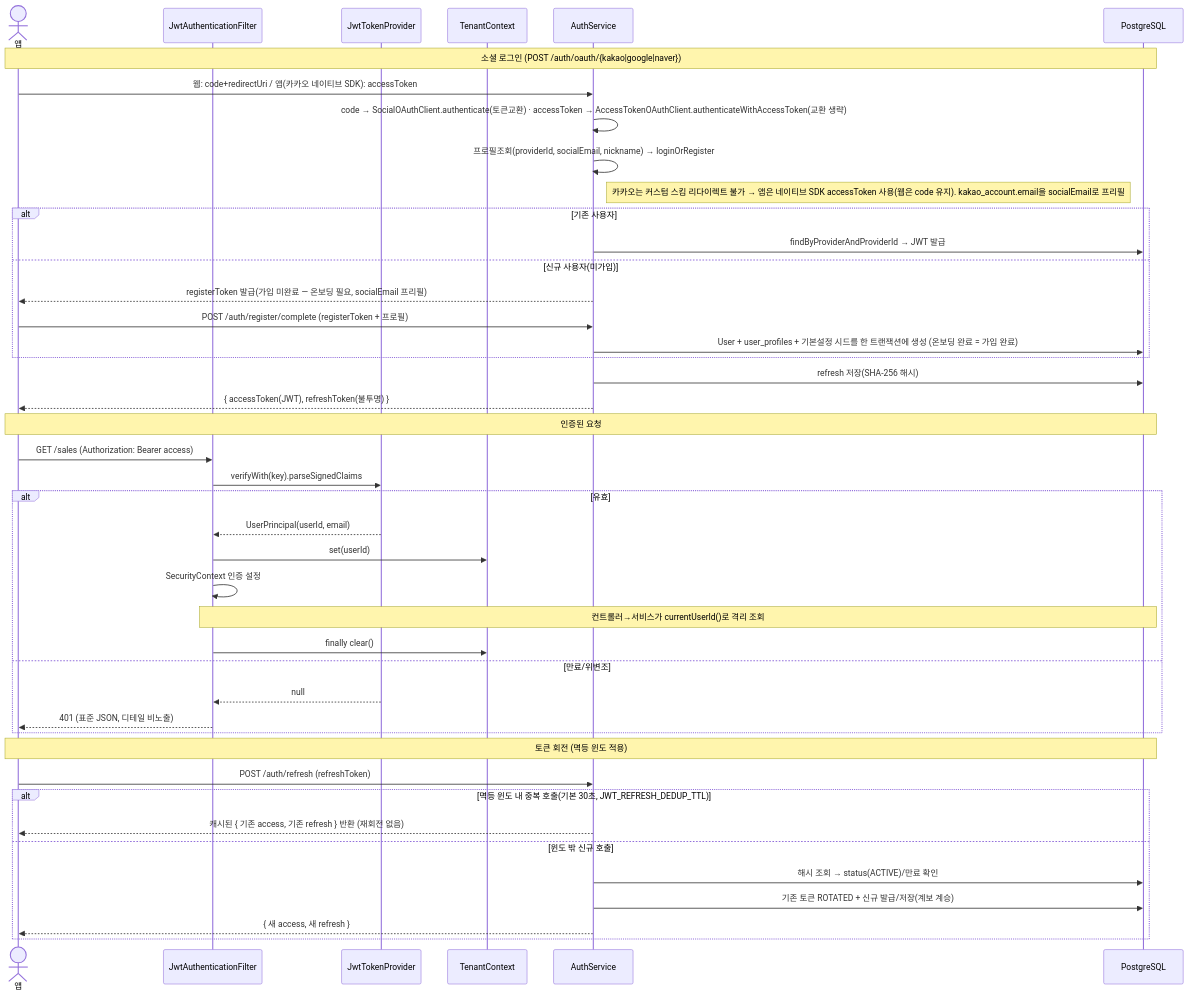
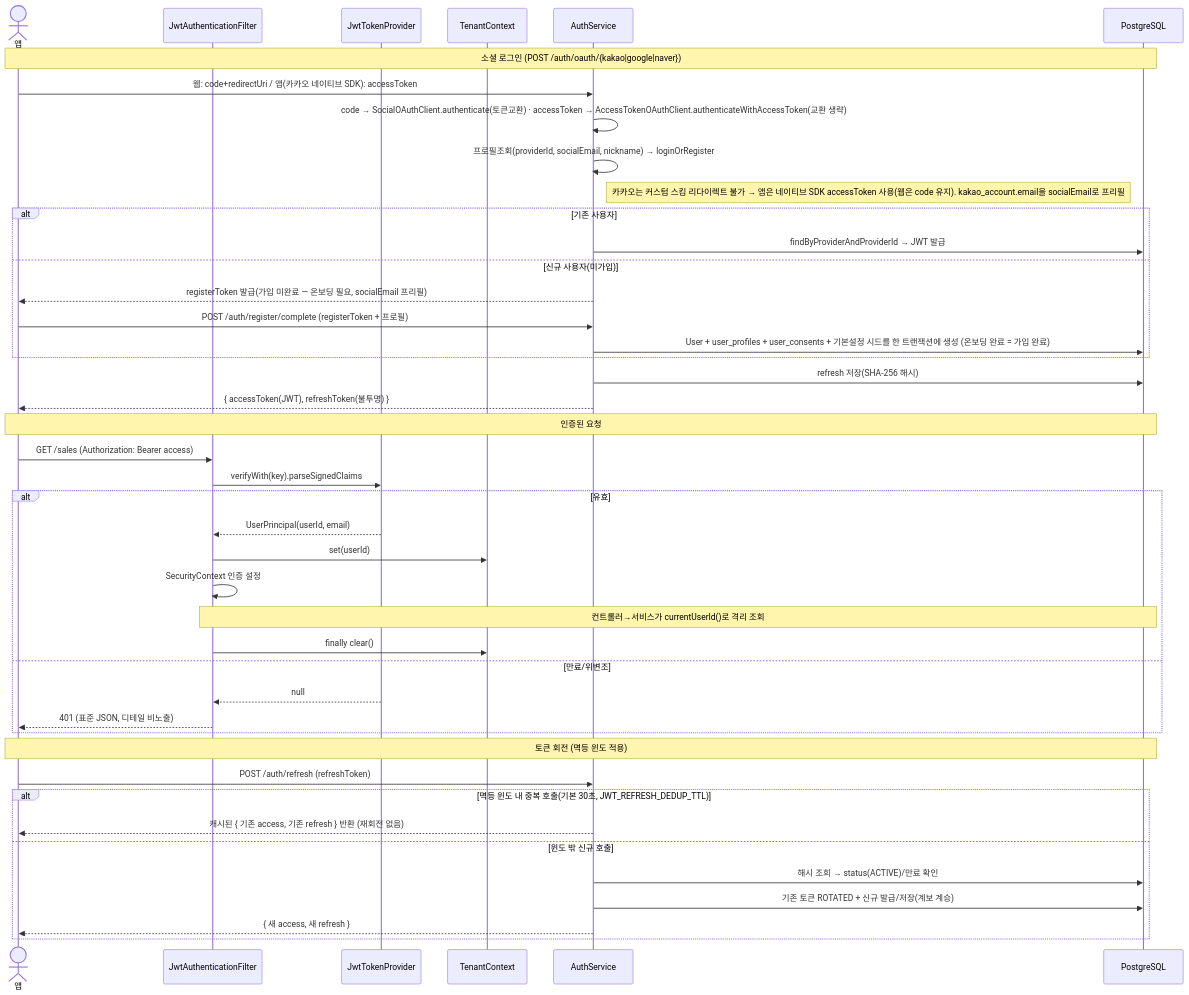
Before and after one commit to flori-ai-kr/api: the fourth of 10 diagrams in docs/ARCHITECTURE.md, drawn with Mermaid. The commit also changed other lines of this file and 16 other files, not shown here.

First line of the commit message:
feat(api): 가입 동의 수집 + user_consents 저장 (#48)

````diff
--- a/docs/ARCHITECTURE.md
+++ b/docs/ARCHITECTURE.md
@@ -289,48 +289,48 @@
 ```mermaid
 sequenceDiagram
     actor U as 앱
     participant F as JwtAuthenticationFilter
     participant TP as JwtTokenProvider
     participant TC as TenantContext
     participant AS as AuthService
     participant DB as PostgreSQL
 
     Note over U,DB: 소셜 로그인 (POST /auth/oauth/{kakao|google|naver})
     U->>AS: 웹: code+redirectUri / 앱(카카오 네이티브 SDK): accessToken
     AS->>AS: code → SocialOAuthClient.authenticate(토큰교환) · accessToken → AccessTokenOAuthClient.authenticateWithAccessToken(교환 생략)
     AS->>AS: 프로필조회(providerId, socialEmail, nickname) → loginOrRegister
     Note right of AS: 카카오는 커스텀 스킴 리다이렉트 불가 → 앱은 네이티브 SDK accessToken 사용(웹은 code 유지). kakao_account.email을 socialEmail로 프리필
     alt 기존 사용자
         AS->>DB: findByProviderAndProviderId → JWT 발급
     else 신규 사용자(미가입)
         AS-->>U: registerToken 발급(가입 미완료 — 온보딩 필요, socialEmail 프리필)
         U->>AS: POST /auth/register/complete (registerToken + 프로필)
-        AS->>DB: User + user_profiles + 기본설정 시드를 한 트랜잭션에 생성 (온보딩 완료 = 가입 완료)
+        AS->>DB: User + user_profiles + user_consents + 기본설정 시드를 한 트랜잭션에 생성 (온보딩 완료 = 가입 완료)
     end
     AS->>DB: refresh 저장(SHA-256 해시)
     AS-->>U: { accessToken(JWT), refreshToken(불투명) }
 
     Note over U,DB: 인증된 요청
     U->>F: GET /sales (Authorization: Bearer access)
     F->>TP: verifyWith(key).parseSignedClaims
     alt 유효
         TP-->>F: UserPrincipal(userId, email)
         F->>TC: set(userId)
         F->>F: SecurityContext 인증 설정
         Note over F,DB: 컨트롤러→서비스가 currentUserId()로 격리 조회
         F->>TC: finally clear()
     else 만료/위변조
         TP-->>F: null
         F-->>U: 401 (표준 JSON, 디테일 비노출)
     end
 
     Note over U,DB: 토큰 회전 (멱등 윈도 적용)
     U->>AS: POST /auth/refresh (refreshToken)
     alt 멱등 윈도 내 중복 호출(기본 30초, JWT_REFRESH_DEDUP_TTL)
         AS-->>U: 캐시된 { 기존 access, 기존 refresh } 반환 (재회전 없음)
     else 윈도 밖 신규 호출
         AS->>DB: 해시 조회 → status(ACTIVE)/만료 확인
         AS->>DB: 기존 토큰 ROTATED + 신규 발급/저장(계보 계승)
         AS-->>U: { 새 access, 새 refresh }
     end
 ```
````
